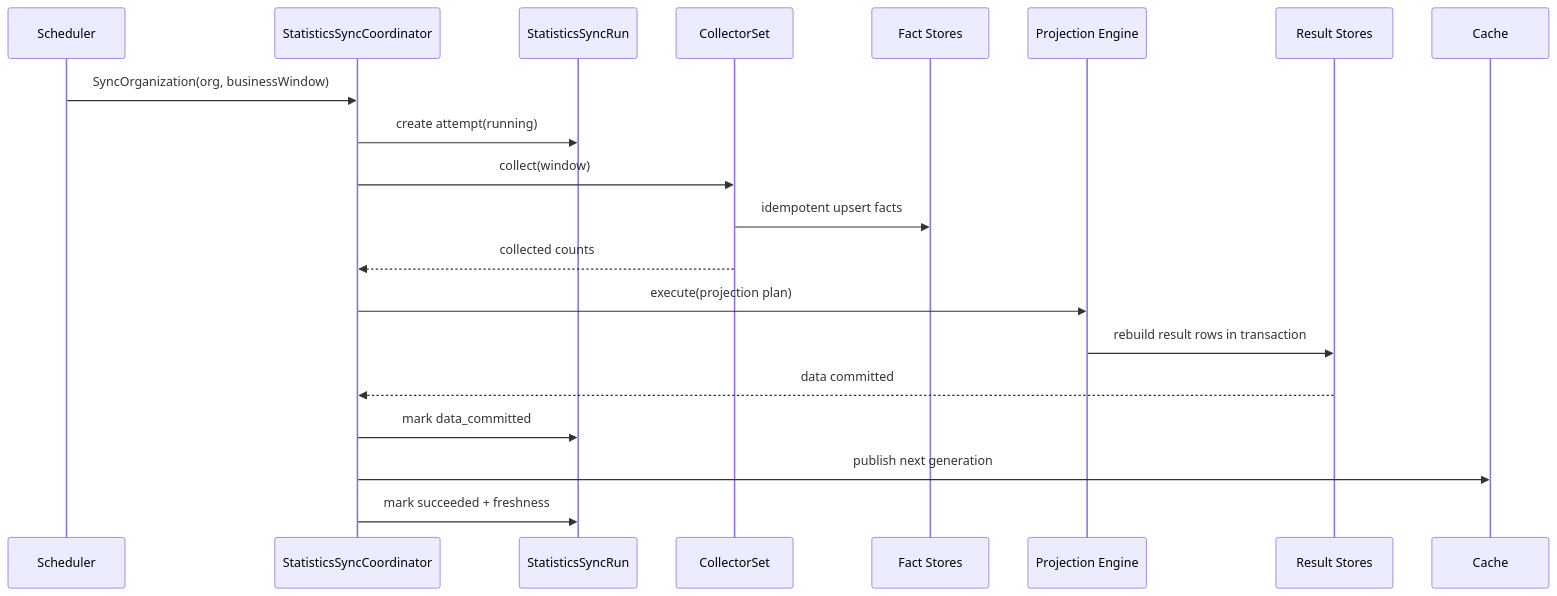
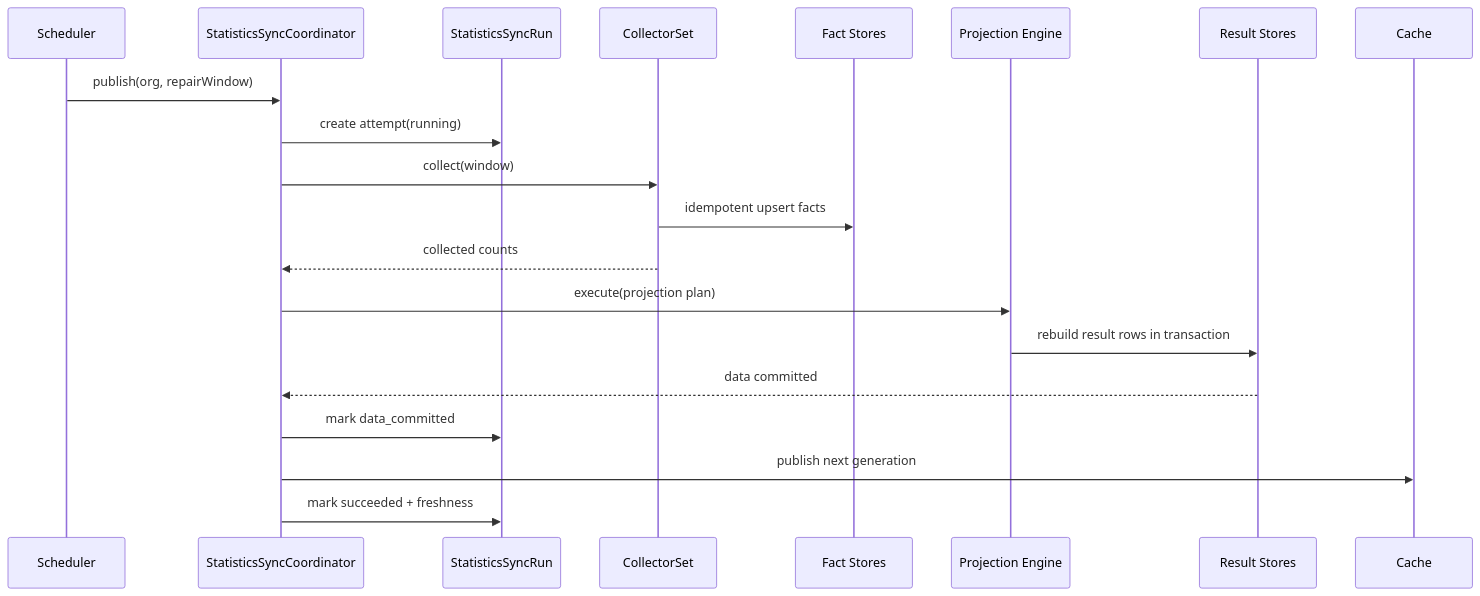
One commit to FangcunMount/qs-server changed the second of 2 diagrams in docs/02-业务模块/70-statistics/80-重构目标架构与完成定义.md. Above: the diagram before and after it, drawn with Mermaid. The commit also changed other lines of this file and 47 other files, not shown here.

````diff
--- a/docs/02-业务模块/70-statistics/80-重构目标架构与完成定义.md
+++ b/docs/02-业务模块/70-statistics/80-重构目标架构与完成定义.md
@@ -341,23 +349,23 @@
 ```mermaid
 sequenceDiagram
     participant Scheduler
     participant Coordinator as StatisticsSyncCoordinator
     participant Run as StatisticsSyncRun
     participant Collectors as CollectorSet
     participant Facts as Fact Stores
     participant Engine as Projection Engine
     participant Results as Result Stores
     participant Cache
 
-    Scheduler->>Coordinator: SyncOrganization(org, businessWindow)
+    Scheduler->>Coordinator: publish(org, repairWindow)
     Coordinator->>Run: create attempt(running)
     Coordinator->>Collectors: collect(window)
     Collectors->>Facts: idempotent upsert facts
     Collectors-->>Coordinator: collected counts
     Coordinator->>Engine: execute(projection plan)
     Engine->>Results: rebuild result rows in transaction
     Results-->>Coordinator: data committed
     Coordinator->>Run: mark data_committed
     Coordinator->>Cache: publish next generation
     Coordinator->>Run: mark succeeded + freshness
 ```
````
